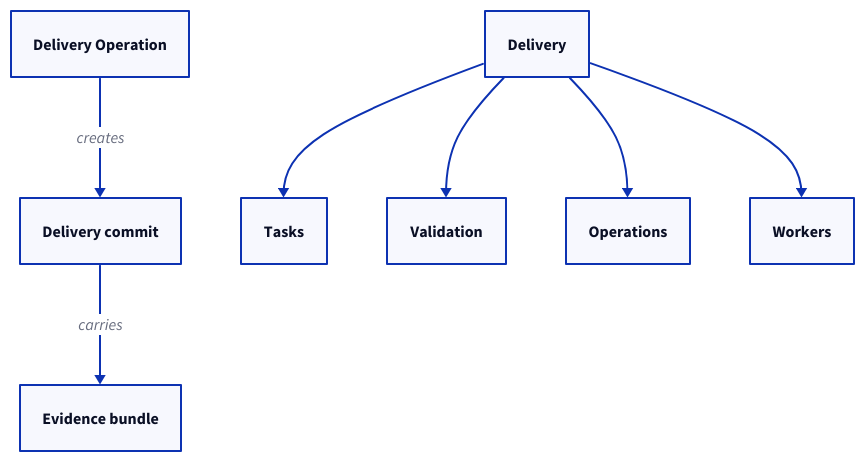
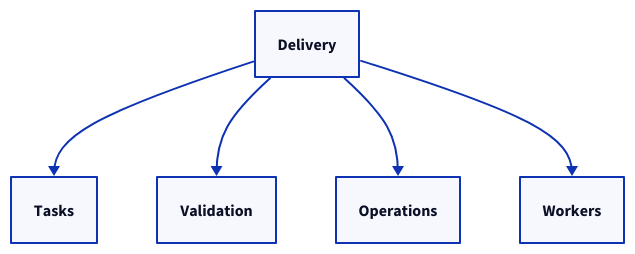
One commit to FTOD/concorde changed the third of 3 diagrams in specs/concorde/operations/delivery/module.md. Above: the diagram before and after it, drawn with D2. The commit also changed other lines of this file and 21 other files, not shown here.

First line of the commit message:
Rewrite every Module entry with diagrams and an implementation overview

````diff
--- a/specs/concorde/operations/delivery/module.md
+++ b/specs/concorde/operations/delivery/module.md
@@ -137,16 +139,11 @@
 ```d2
-op: Delivery Operation
-commit: Delivery commit
-bundle: Evidence bundle
 delivery: Delivery
 tasks: Tasks
 validation: Validation
 operations: Operations
 workers: Workers
-op -> commit: creates
-commit -> bundle: carries
 delivery -> tasks
 delivery -> validation
 delivery -> operations
 delivery -> workers
 ```
````
